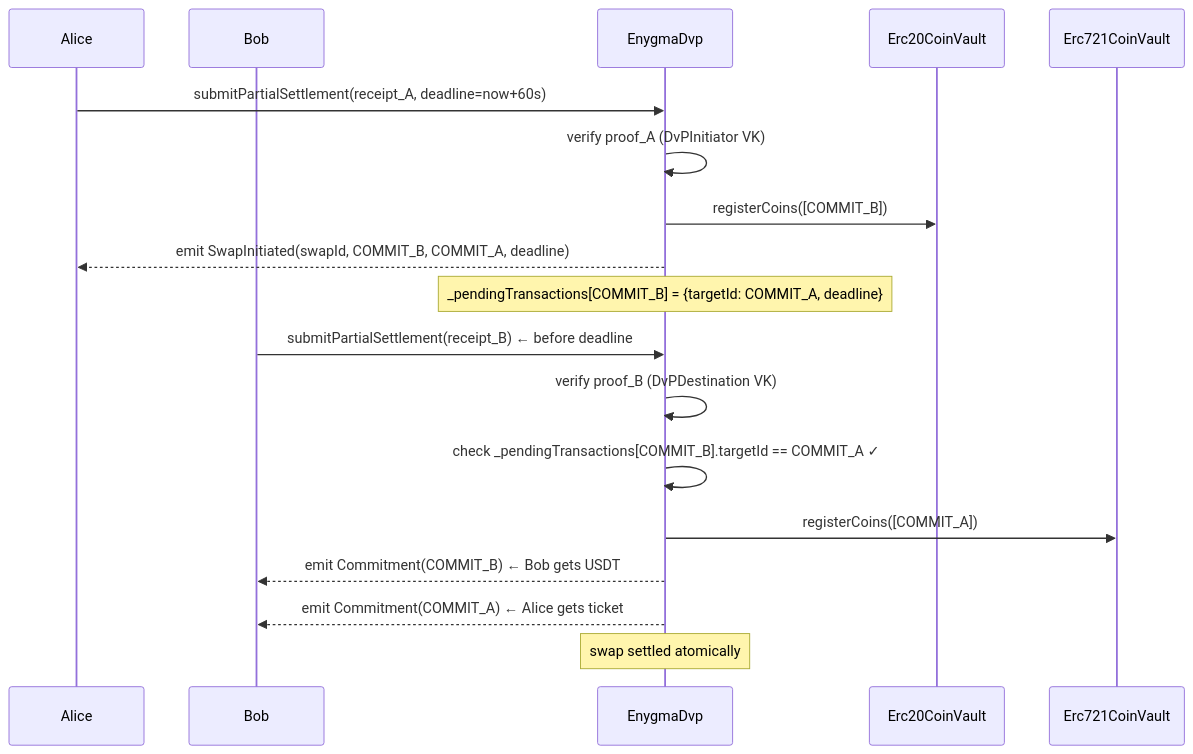
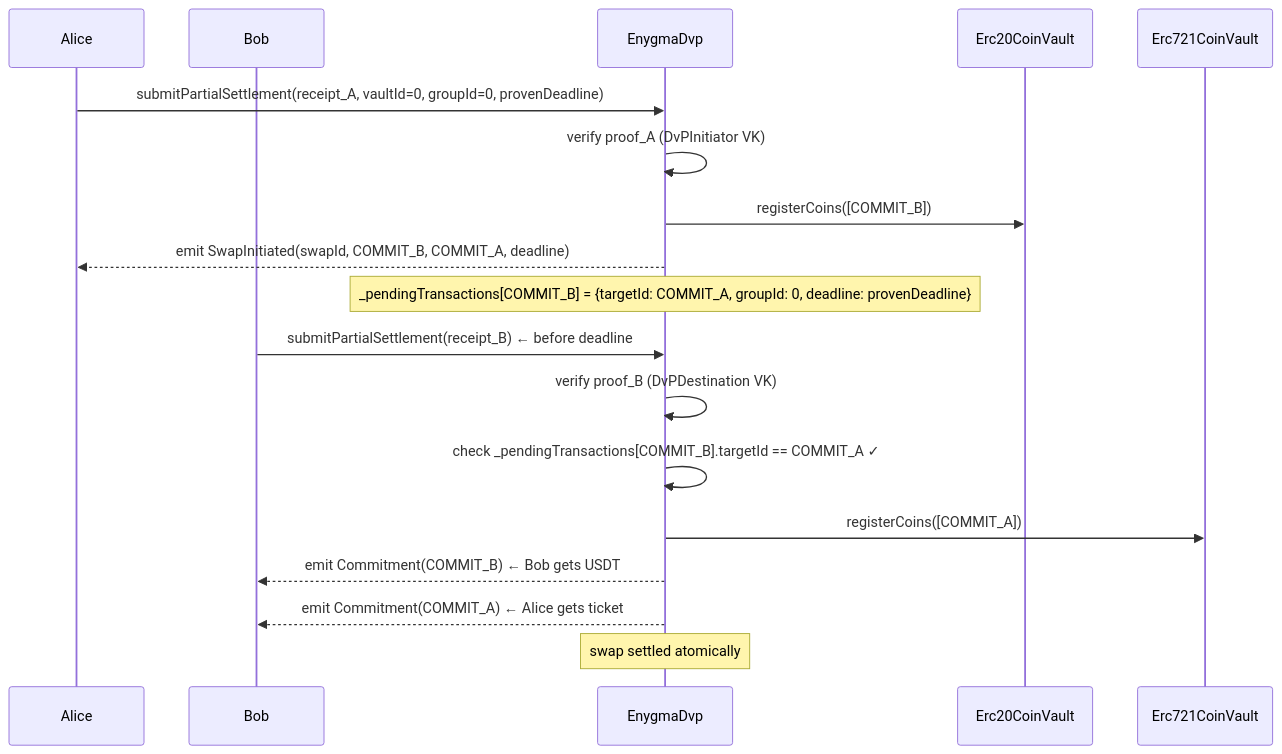
Before and after one commit to raylsnetwork/Enygma: the second of 4 diagrams in enygma_dvp/docs/flows/04_dvp_deadline.md, drawn with Mermaid. The commit also changed other lines of this file and 45 other files, not shown here.

````diff
--- a/enygma_dvp/docs/flows/04_dvp_deadline.md
+++ b/enygma_dvp/docs/flows/04_dvp_deadline.md
@@ -43,22 +43,22 @@
 ```mermaid
 sequenceDiagram
     participant Alice
     participant Bob
     participant DVP as EnygmaDvp
     participant ERC20Vault as Erc20CoinVault
     participant NFTVault as Erc721CoinVault
 
-    Alice->>DVP: submitPartialSettlement(receipt_A, deadline=now+60s)
+    Alice->>DVP: submitPartialSettlement(receipt_A, vaultId=0, groupId=0, provenDeadline)
     DVP->>DVP: verify proof_A (DvPInitiator VK)
     DVP->>ERC20Vault: registerCoins([COMMIT_B])
     DVP-->>Alice: emit SwapInitiated(swapId, COMMIT_B, COMMIT_A, deadline)
-    Note over DVP: _pendingTransactions[COMMIT_B] = {targetId: COMMIT_A, deadline}
+    Note over DVP: _pendingTransactions[COMMIT_B] = {targetId: COMMIT_A, groupId: 0, deadline: provenDeadline}
 
     Bob->>DVP: submitPartialSettlement(receipt_B)  ← before deadline
     DVP->>DVP: verify proof_B (DvPDestination VK)
     DVP->>DVP: check _pendingTransactions[COMMIT_B].targetId == COMMIT_A ✓
     DVP->>NFTVault: registerCoins([COMMIT_A])
     DVP-->>Bob: emit Commitment(COMMIT_B)   ← Bob gets USDT
     DVP-->>Bob: emit Commitment(COMMIT_A)   ← Alice gets ticket
     Note over DVP: swap settled atomically
 ```
````
